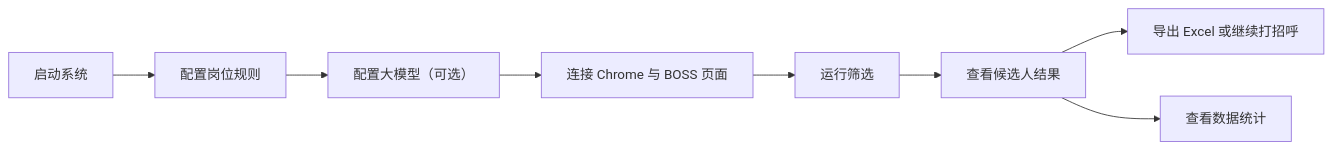
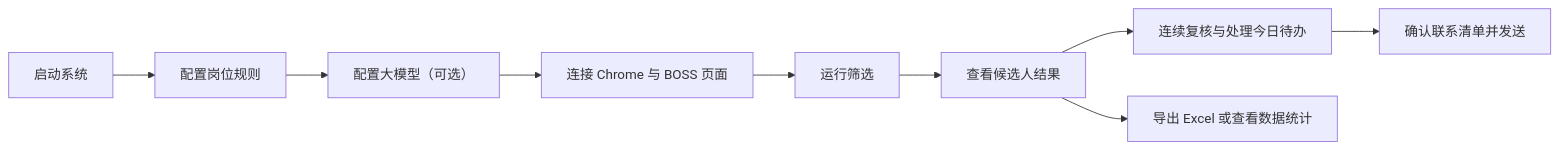
The first of 2 diagrams in docs/BOSS招聘系统操作说明-图文版.md (yaoyouzhong/boss-resume-filter), drawn with Mermaid before and after one commit. The commit also changed other lines of this file and 25 other files, not shown here.

First line of the commit message:
fix(gui): 统一结果统计页布局并更新图文手册 (#36)

````diff
--- a/docs/BOSS招聘系统操作说明-图文版.md
+++ b/docs/BOSS招聘系统操作说明-图文版.md
@@ -45,10 +48,11 @@
 ```mermaid
 flowchart LR
     A["启动系统"] --> B["配置岗位规则"]
     B --> C["配置大模型（可选）"]
     C --> D["连接 Chrome 与 BOSS 页面"]
     D --> E["运行筛选"]
     E --> F["查看候选人结果"]
-    F --> G["导出 Excel 或继续打招呼"]
-    F --> H["查看数据统计"]
+    F --> G["连续复核与处理今日待办"]
+    G --> H["确认联系清单并发送"]
+    F --> I["导出 Excel 或查看数据统计"]
 ```
````
